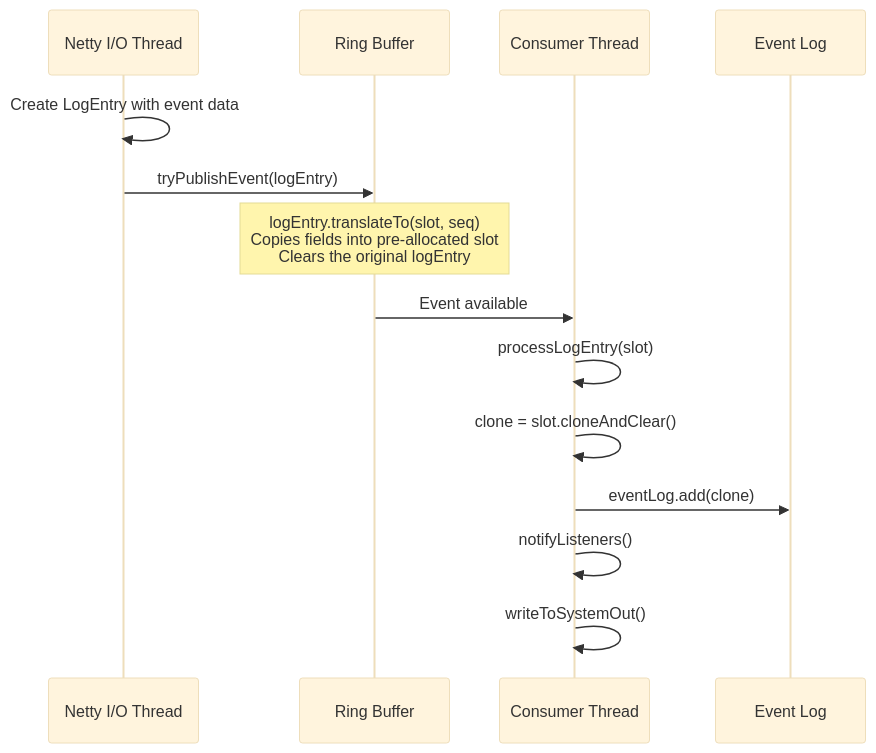
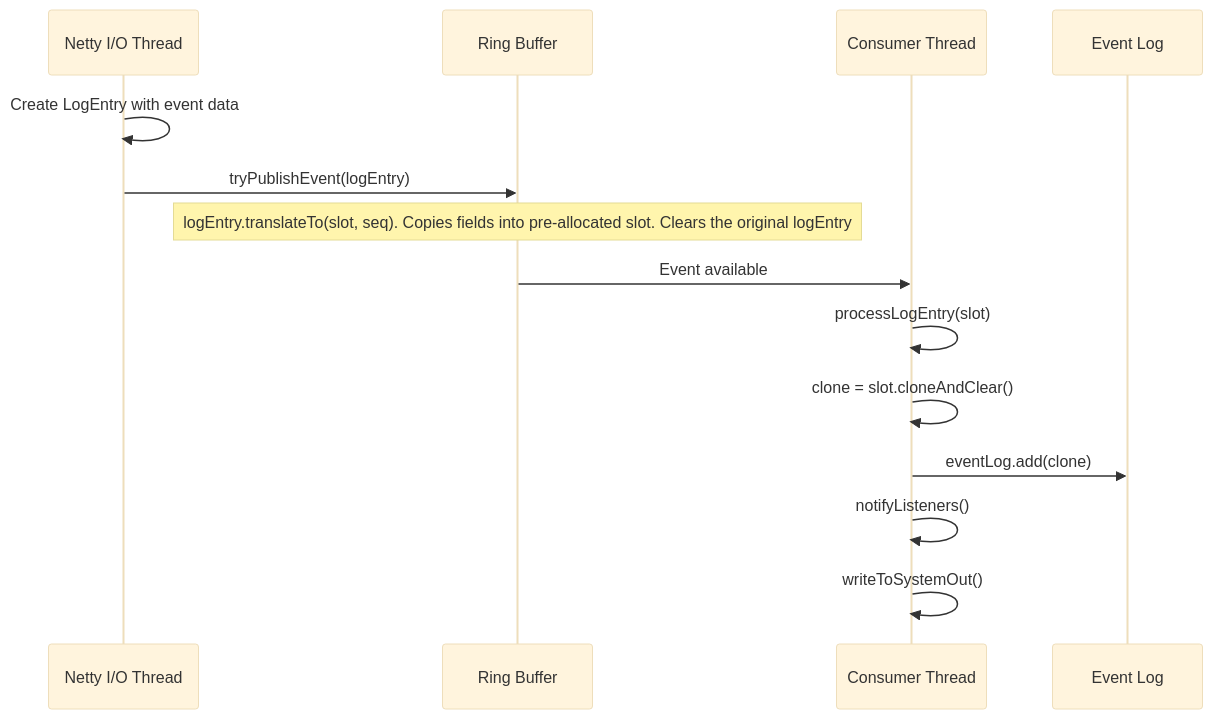
The second of 6 diagrams in docs/code/event-system.md (mock-server/mockserver), drawn with Mermaid (base theme) before and after one commit. The commit also changed other lines of this file and 21 other files, not shown here.

First line of the commit message:
fix(docs): remove HTML tags from Mermaid diagrams to fix GitHub rendering

````diff
--- a/docs/code/event-system.md
+++ b/docs/code/event-system.md
@@ -65,17 +75,17 @@
 ```mermaid
 sequenceDiagram
     participant IO as Netty I/O Thread
     participant RB as Ring Buffer
     participant CT as Consumer Thread
     participant EL as Event Log
 
     IO->>IO: Create LogEntry with event data
     IO->>RB: tryPublishEvent(logEntry)
-    Note over RB: logEntry.translateTo(slot, seq)<br/>Copies fields into pre-allocated slot<br/>Clears the original logEntry
+    Note over RB: logEntry.translateTo(slot, seq). Copies fields into pre-allocated slot. Clears the original logEntry
     RB->>CT: Event available
     CT->>CT: processLogEntry(slot)
     CT->>CT: clone = slot.cloneAndClear()
     CT->>EL: eventLog.add(clone)
     CT->>CT: notifyListeners()
     CT->>CT: writeToSystemOut()
 ```
````
